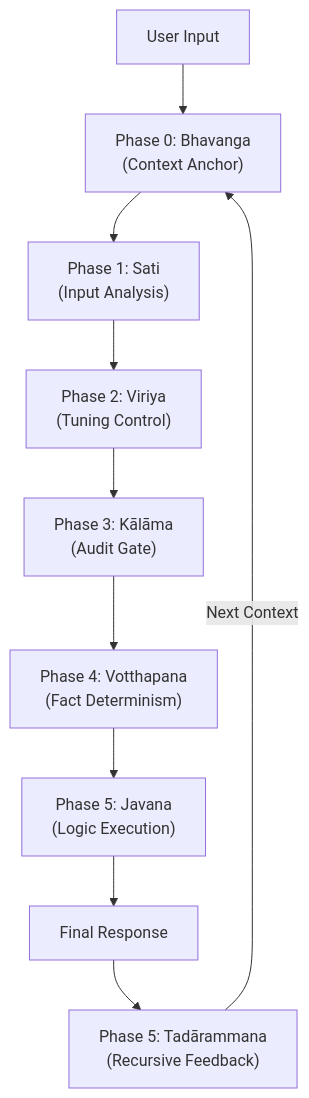
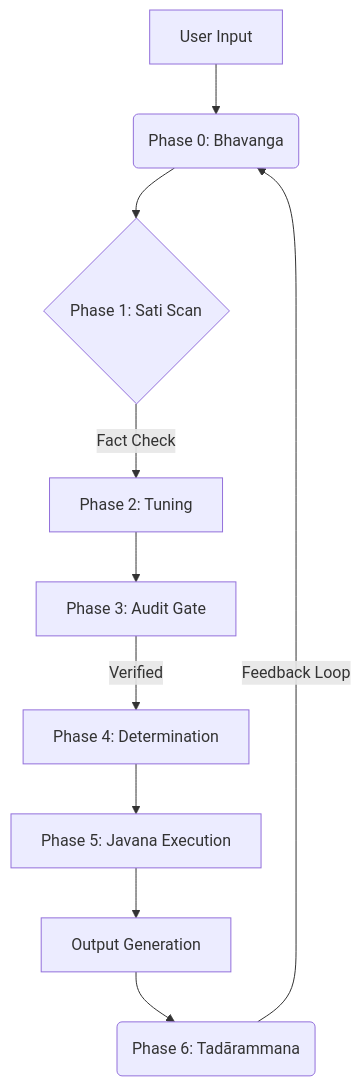
One commit to dosanko-tousan/Gemini-Abhidhamma-Alignment changed the diagram in README.md. Above: the diagram before and after it, drawn with Mermaid. The commit also changed other lines of this file, not shown here.

````diff
--- a/README.md
+++ b/README.md
@@ -21,12 +38,12 @@
 ```mermaid
 graph TD
-    Input["User Input"] --> P0["Phase 0: Bhavanga<br>(Context Anchor)"]
-    P0 --> P1["Phase 1: Sati<br>(Input Analysis)"]
-    P1 --> P2["Phase 2: Viriya<br>(Tuning Control)"]
-    P2 --> P3["Phase 3: Kālāma<br>(Audit Gate)"]
-    P3 --> P4["Phase 4: Votthapana<br>(Fact Determinism)"]
-    P4 --> P5["Phase 5: Javana<br>(Logic Execution)"]
-    P5 --> Output["Final Response"]
-    Output --> P_Post["Phase 5: Tadārammana<br>(Recursive Feedback)"]
-    P_Post -- "Next Context" --> P0
+    A[User Input] --> B(Phase 0: Bhavanga)
+    B --> C{Phase 1: Sati Scan}
+    C -->|Fact Check| D[Phase 2: Tuning]
+    D --> E[Phase 3: Audit Gate]
+    E -->|Verified| F[Phase 4: Determination]
+    F --> G[Phase 5: Javana Execution]
+    G --> H[Output Generation]
+    H --> I(Phase 6: Tadārammana)
+    I -->|Feedback Loop| B
 ```
````
